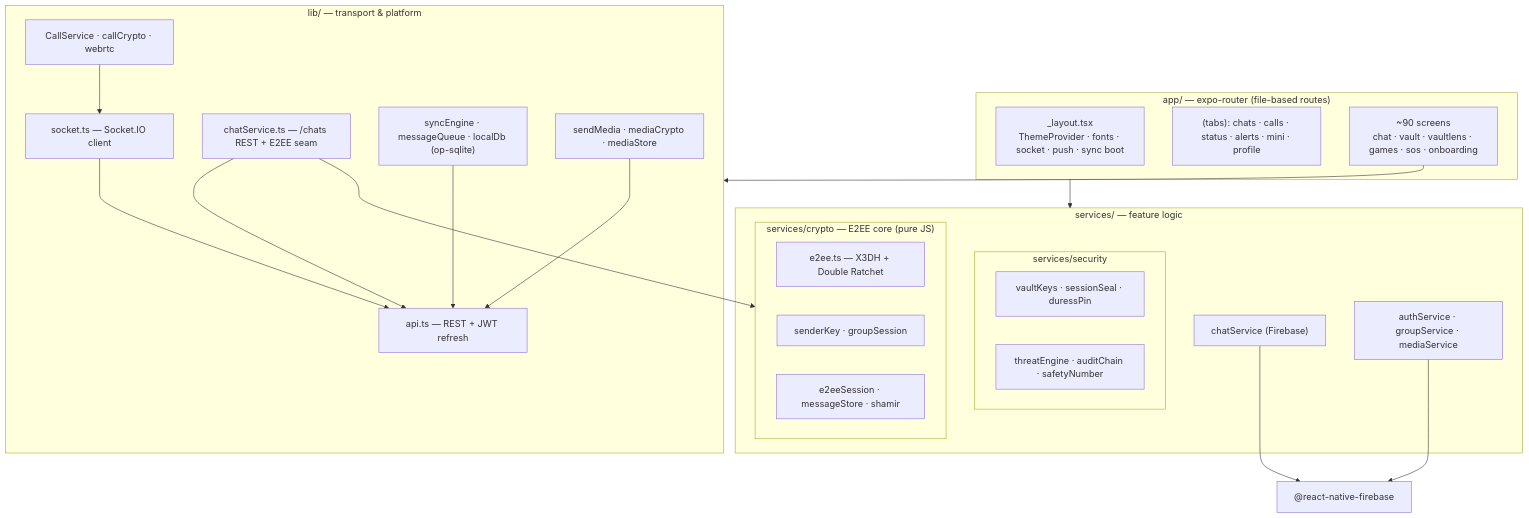
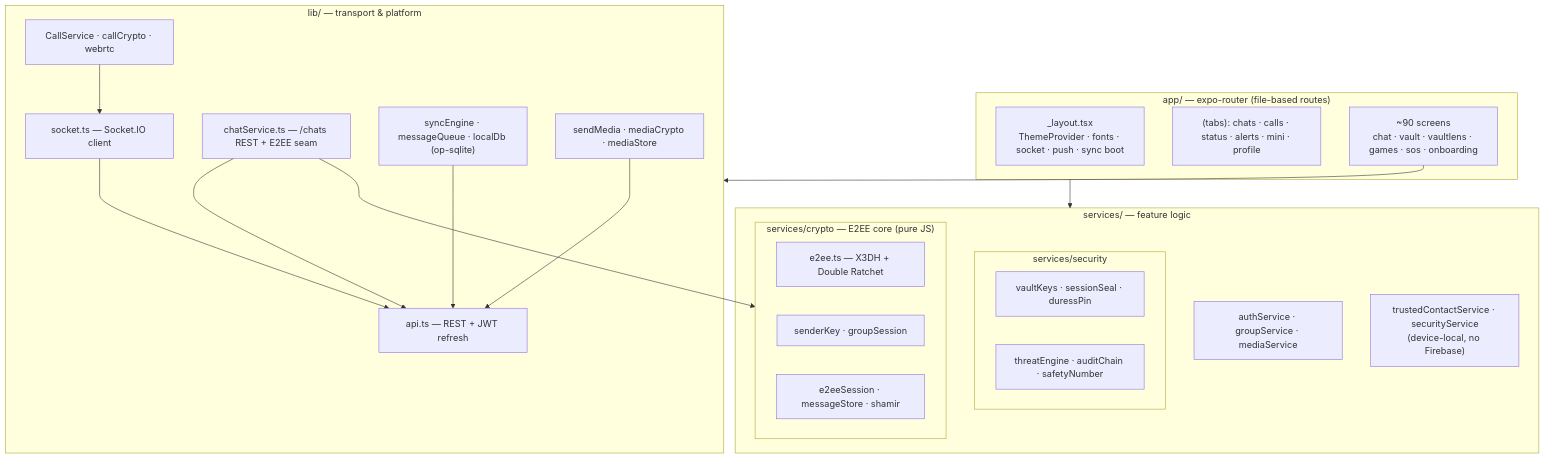
One commit to srihari8204/VaultChat changed the second of 4 diagrams in ARCHITECTURE.md. Above: the diagram before and after it, drawn with Mermaid. The commit also changed other lines of this file and 2 other files, not shown here.

First line of the commit message:
chore(w0): retire the last Firebase consumers; reconcile ARCHITECTURE.md

````diff
--- a/ARCHITECTURE.md
+++ b/ARCHITECTURE.md
@@ -109,42 +122,40 @@
 ```mermaid
 flowchart TB
   subgraph NAV["app/ — expo-router (file-based routes)"]
     LAYOUT["_layout.tsx<br/>ThemeProvider · fonts · socket · push · sync boot"]
     TABS["(tabs): chats · calls · status · alerts · mini · profile"]
     SCREENS["~90 screens<br/>chat · vault · vaultlens · games · sos · onboarding"]
   end
 
   subgraph SVC["services/ — feature logic"]
-    CHATF["chatService (Firebase)"]
     AUTHF["authService · groupService · mediaService"]
+    TRUST["trustedContactService · securityService<br/>(device-local, no Firebase)"]
     subgraph CRY["services/crypto — E2EE core (pure JS)"]
       E2EE["e2ee.ts — X3DH + Double Ratchet"]
       SK["senderKey · groupSession"]
       SESS["e2eeSession · messageStore · shamir"]
     end
     subgraph SEC["services/security"]
       VK["vaultKeys · sessionSeal · duressPin"]
       TE["threatEngine · auditChain · safetyNumber"]
     end
   end
 
   subgraph LIB["lib/ — transport & platform"]
     API["api.ts — REST + JWT refresh"]
     SOCK["socket.ts — Socket.IO client"]
     CHATB["chatService.ts — /chats REST + E2EE seam"]
     SYNC["syncEngine · messageQueue · localDb (op-sqlite)"]
     CALL["CallService · callCrypto · webrtc"]
     MEDIA["sendMedia · mediaCrypto · mediaStore"]
   end
 
   NAV --> SVC
   SCREENS --> LIB
   CHATB --> CRY
   CHATB --> API
   SOCK --> API
   CALL --> SOCK
   MEDIA --> API
   SYNC --> API
-  AUTHF --> FBSDK["@react-native-firebase"]
-  CHATF --> FBSDK
 ```
````
